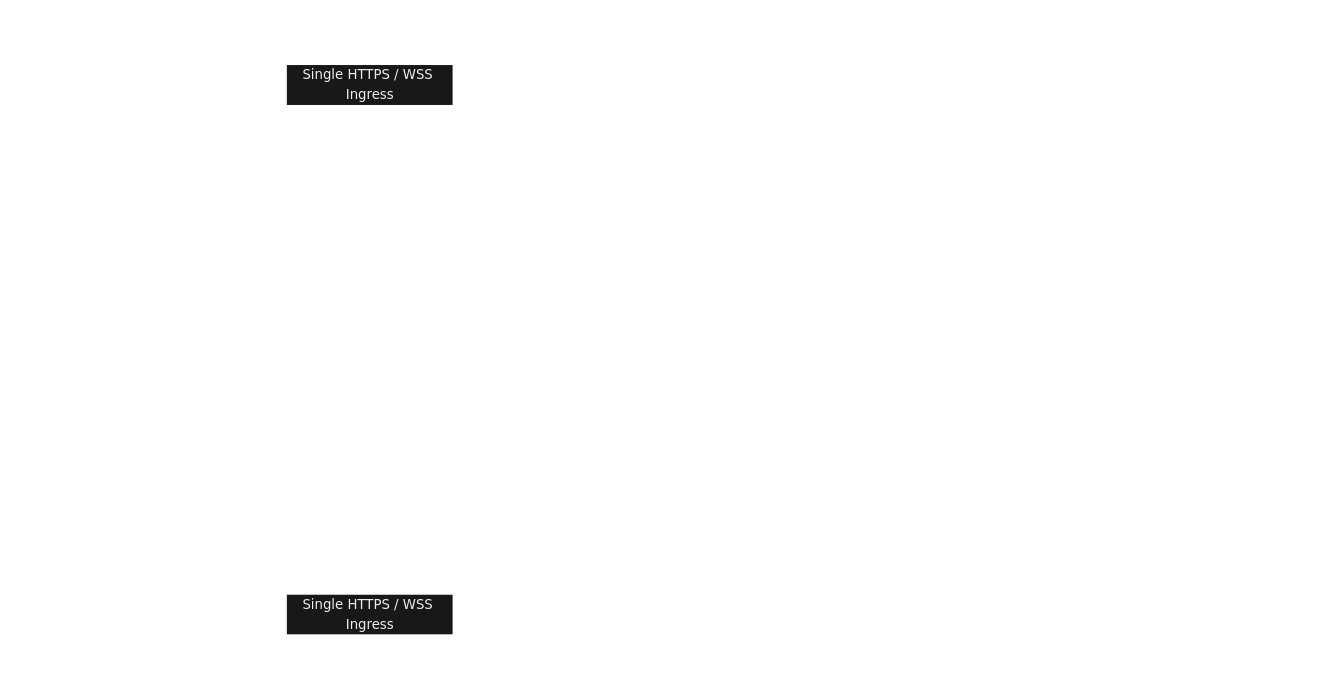
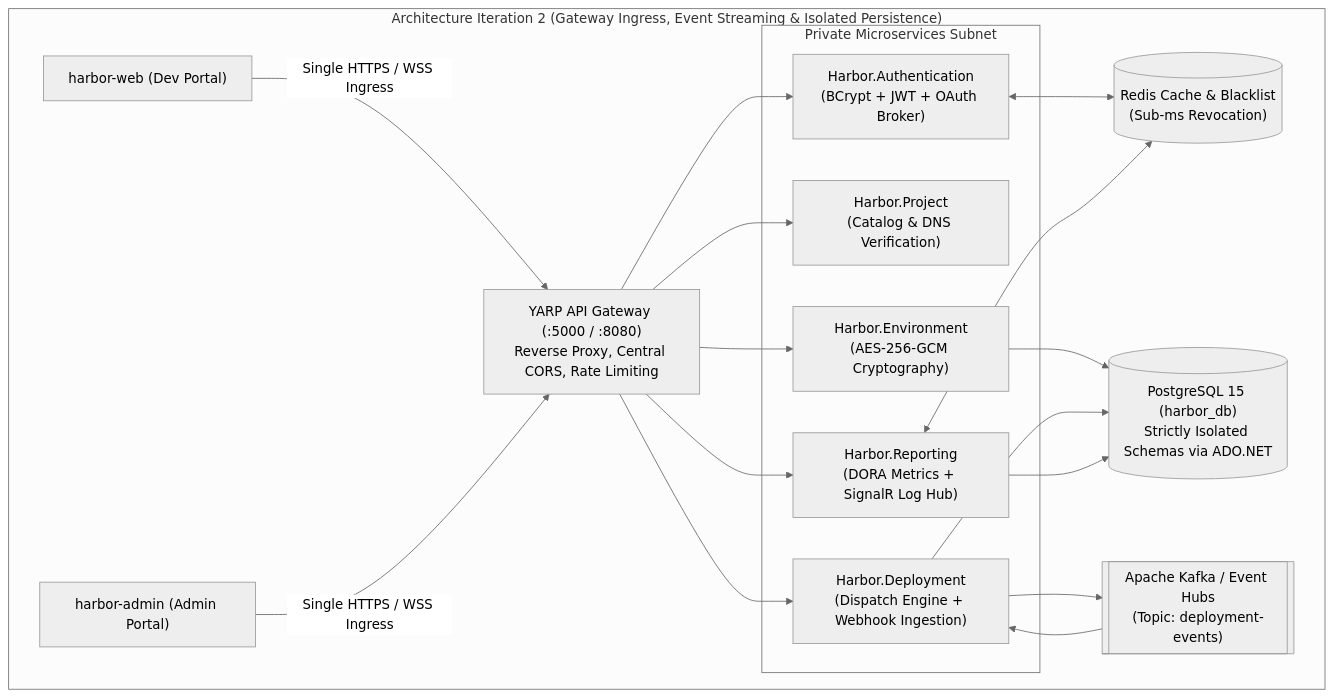
Before and after one commit to shanelperera-exe/harbor: the second of 11 diagrams in docs/FINAL_EVALUATION.md, drawn with Mermaid. The commit also changed other lines of this file, not shown here.

Commit message:
style(diagrams): use neutral black-and-white theme across all 11 Mermaid diagrams for light/dark mode compatibility

````diff
--- a/docs/FINAL_EVALUATION.md
+++ b/docs/FINAL_EVALUATION.md
@@ -232,56 +219,43 @@
 ```mermaid
 %%{init: {
-  'theme': 'base',
+  'theme': 'neutral',
   'themeVariables': {
-    'fontFamily': 'Courier New, monospace',
-    'darkMode': true,
-    'background': '#18181b',
-    'mainBkg': 'transparent',
-    'nodeBorder': '#ffffff',
-    'nodeTextColor': '#ffffff',
-    'lineColor': '#ffffff',
-    'edgeLabelBackground': '#18181b',
-    'clusterBkg': 'transparent',
-    'clusterBorder': '#ffffff',
-    'titleColor': '#ffffff',
-    'textColor': '#ffffff'
+    'fontFamily': 'Courier New, monospace'
   }
 }}%%
 flowchart TD
-    classDef box fill:transparent,stroke:#ffffff,stroke-width:1.5px,color:#ffffff,font-family:Courier New, monospace;
-
     subgraph Iteration2["Architecture Iteration 2 (Gateway Ingress, Event Streaming & Isolated Persistence)"]
-        ClientWeb["harbor-web (Dev Portal)"]:::box
-        ClientAdmin["harbor-admin (Admin Portal)"]:::box
-        YARP["YARP API Gateway (:5000 / :8080)\nReverse Proxy, Central CORS, Rate Limiting"]:::box
+        ClientWeb["harbor-web (Dev Portal)"]
+        ClientAdmin["harbor-admin (Admin Portal)"]
+        YARP["YARP API Gateway (:5000 / :8080)\nReverse Proxy, Central CORS, Rate Limiting"]
         
         subgraph InternalCluster["Private Microservices Subnet"]
-            Auth2["Harbor.Authentication\n(BCrypt + JWT + OAuth Broker)"]:::box
-            Proj2["Harbor.Project\n(Catalog & DNS Verification)"]:::box
-            Env2["Harbor.Environment\n(AES-256-GCM Cryptography)"]:::box
-            Deploy2["Harbor.Deployment\n(Dispatch Engine + Webhook Ingestion)"]:::box
-            Report2["Harbor.Reporting\n(DORA Metrics + SignalR Log Hub)"]:::box
+            Auth2["Harbor.Authentication\n(BCrypt + JWT + OAuth Broker)"]
+            Proj2["Harbor.Project\n(Catalog & DNS Verification)"]
+            Env2["Harbor.Environment\n(AES-256-GCM Cryptography)"]
+            Deploy2["Harbor.Deployment\n(Dispatch Engine + Webhook Ingestion)"]
+            Report2["Harbor.Reporting\n(DORA Metrics + SignalR Log Hub)"]
         end
 
-        RedisState[("Redis Cache & Blacklist\n(Sub-ms Revocation)")]:::box
-        KafkaBus[["Apache Kafka / Event Hubs\n(Topic: deployment-events)"]]:::box
-        IsoDB[("PostgreSQL 15 (harbor_db)\nStrictly Isolated Schemas via ADO.NET")]:::box
+        RedisState[("Redis Cache & Blacklist\n(Sub-ms Revocation)")]
+        KafkaBus[["Apache Kafka / Event Hubs\n(Topic: deployment-events)"]]
+        IsoDB[("PostgreSQL 15 (harbor_db)\nStrictly Isolated Schemas via ADO.NET")]
     end
 
     ClientWeb -->|Single HTTPS / WSS Ingress| YARP
     ClientAdmin -->|Single HTTPS / WSS Ingress| YARP
     
     YARP --> Auth2
     YARP --> Proj2
     YARP --> Env2
     YARP --> Deploy2
     YARP --> Report2
 
     Auth2 <--> RedisState
     Env2 --> IsoDB
     Deploy2 --> KafkaBus
     KafkaBus --> Deploy2
     Deploy2 --> IsoDB
     Report2 <--> RedisState
     Report2 --> IsoDB
 ```
````
